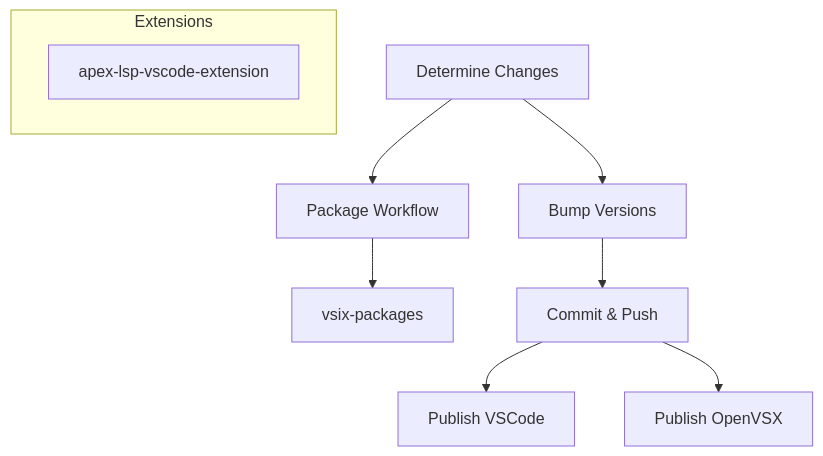
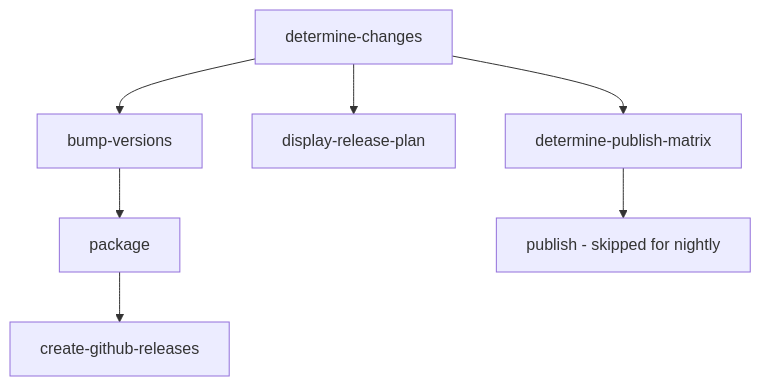
One commit to forcedotcom/apex-language-support changed the fourth of 8 diagrams in .github/workflows/README.md. Above: the diagram before and after it, drawn with Mermaid. The commit also changed other lines of this file and 1 other file, not shown here.

First line of the commit message:
docs: update workflow and script docs to reflect nightly-only architecture

````diff
--- a/.github/workflows/README.md
+++ b/.github/workflows/README.md
@@ -243,13 +216,9 @@
 ```mermaid
 graph TB
-    A[Determine Changes] --> B[Package Workflow]
-    B --> C[vsix-packages]
-    A --> D[Bump Versions]
-    D --> E[Commit & Push]
-    E --> F[Publish VSCode]
-    E --> G[Publish OpenVSX]
-
-    subgraph "Extensions"
-        H[apex-lsp-vscode-extension]
-    end
+    A[determine-changes] --> B[bump-versions]
+    A --> C[display-release-plan]
+    A --> D[determine-publish-matrix]
+    B --> E[package]
+    E --> F[create-github-releases]
+    D --> G[publish - skipped for nightly]
 ```
````
